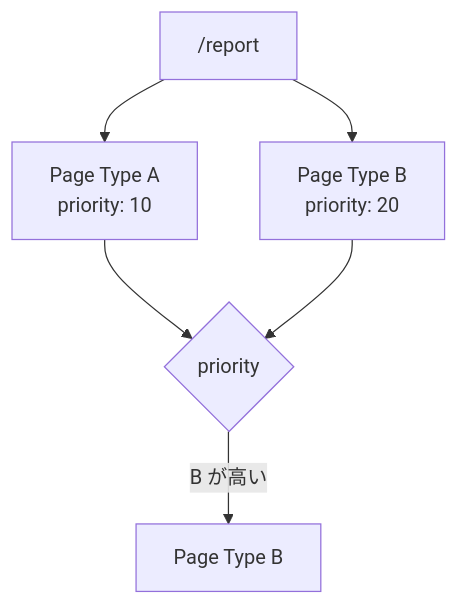
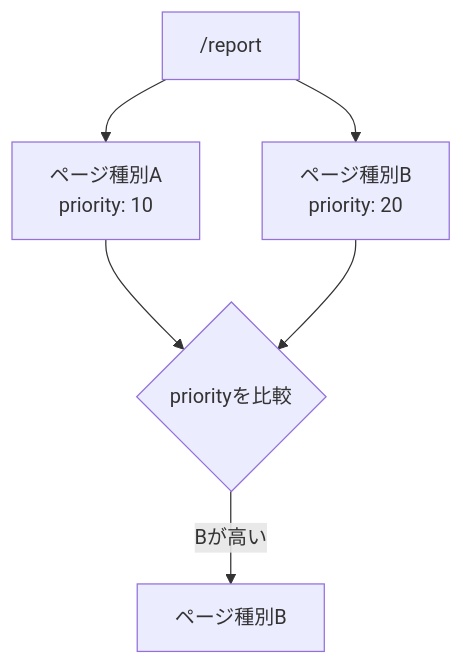
One commit to Rerurate514/riebeckite changed the tenth of 14 diagrams in docs/docs/framework/page-system.ja.md. Above: the diagram before and after it, drawn with Mermaid. The commit also changed other lines of this file and 310 other files, not shown here.

````diff
--- a/docs/docs/framework/page-system.ja.md
+++ b/docs/docs/framework/page-system.ja.md
@@ -340,14 +304,14 @@
 ```mermaid id="q0v69g"
 flowchart TD
     Path["/report"]
-    A["Page Type A<br/>priority: 10"]
-    B["Page Type B<br/>priority: 20"]
+    A["ページ種別A<br/>priority: 10"]
+    B["ページ種別B<br/>priority: 20"]
 
     Path --> A
     Path --> B
 
-    A --> Compare{"priority"}
+    A --> Compare{"priorityを比較"}
     B --> Compare
 
-    Compare -->|"B が高い"| Result["Page Type B"]
+    Compare -->|"Bが高い"| Result["ページ種別B"]
 ```
````
